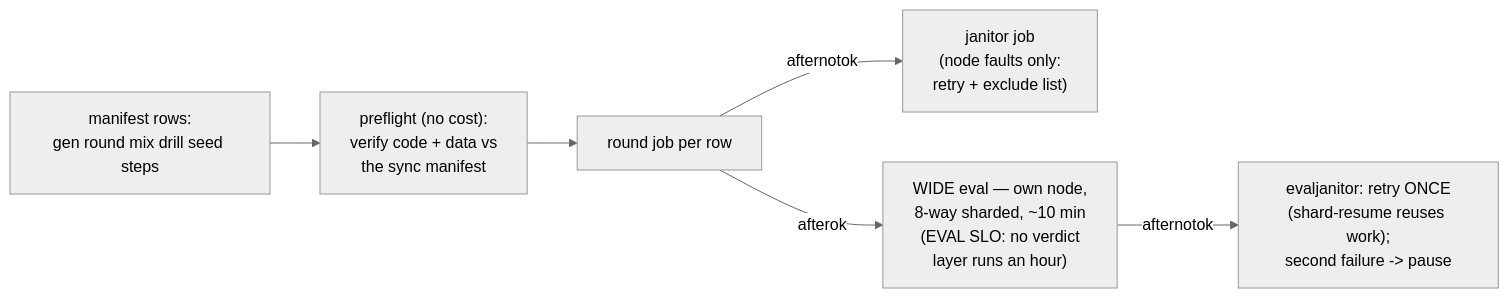
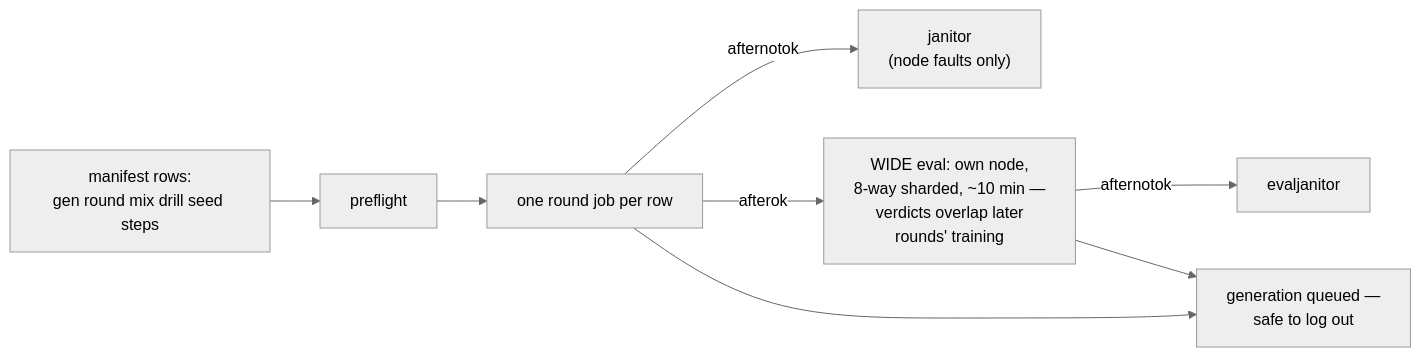
The third of 24 diagrams in docs/cli.md (storax-io/storax-ai-train-rocm), drawn with Mermaid (neutral theme) before and after one commit. The commit also changed other lines of this file, not shown here.

Commit message:
cli.md: one flowchart per sc verb (all ~30: launch, judging, data, observing, recovery, storage doctrine), framed as what it is — a front end to Slurm where all causality lives in dependencies; still scrubbed to usage-level (closed source, open usage)

````diff
--- a/docs/cli.md
+++ b/docs/cli.md
@@ -45,8 +42,9 @@
 ```mermaid
 flowchart LR
-    MF["manifest rows:<br/>gen round mix drill seed steps"] --> PF["preflight (no cost):<br/>verify code + data vs<br/>the sync manifest"]
-    PF --> RJ["round job per row"]
-    RJ -- afternotok --> JN["janitor job<br/>(node faults only:<br/>retry + exclude list)"]
-    RJ -- afterok --> EV["WIDE eval — own node,<br/>8-way sharded, ~10 min<br/>(EVAL SLO: no verdict<br/>layer runs an hour)"]
-    EV -- afternotok --> EJ["evaljanitor: retry ONCE<br/>(shard-resume reuses work);<br/>second failure -> pause"]
+    MF["manifest rows:<br/>gen round mix drill seed steps"] --> PF[preflight]
+    PF --> RJ["one round job per row"]
+    RJ -- afternotok --> JN["janitor<br/>(node faults only)"]
+    RJ -- afterok --> EV["WIDE eval: own node,<br/>8-way sharded, ~10 min —<br/>verdicts overlap later<br/>rounds' training"]
+    EV -- afternotok --> EJ[evaljanitor]
+    RJ & EV --> OUT["generation queued —<br/>safe to log out"]
 ```
````
